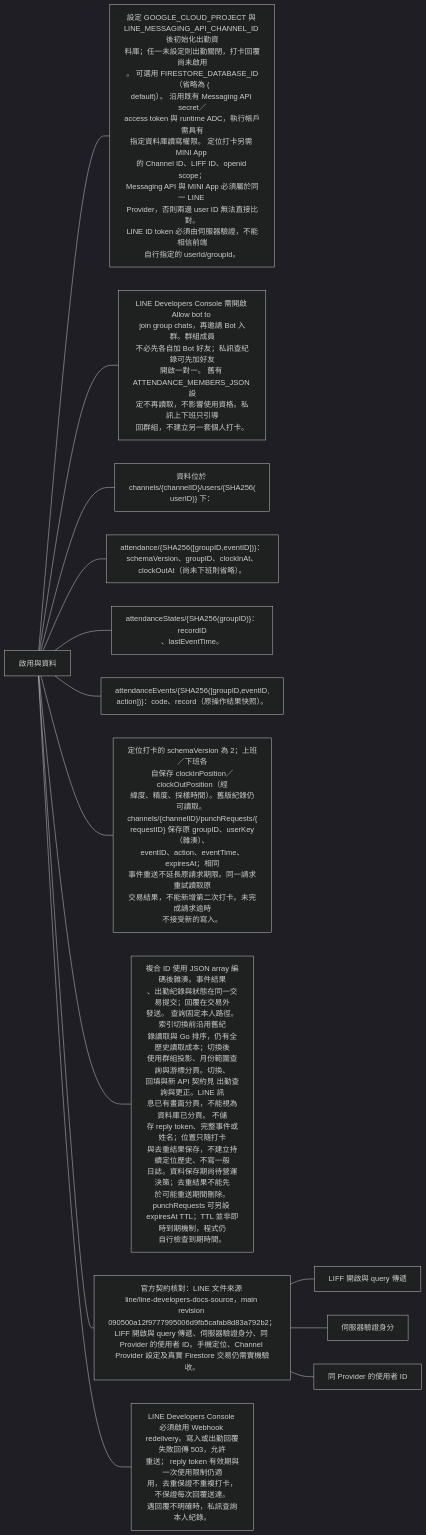
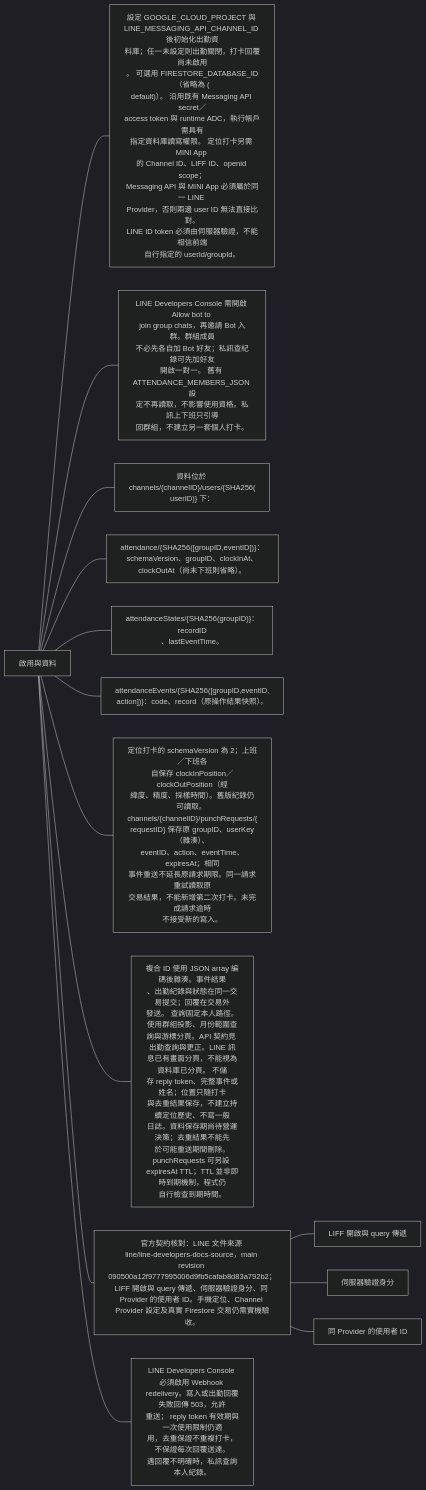
Before and after one commit to 963sup/line-mini-app-bot: the sixth of 14 diagrams in docs/domains/attendance/README.md, drawn with Mermaid (dark theme). The commit also changed other lines of this file and 20 other files, not shown here.

````diff
--- a/docs/domains/attendance/README.md
+++ b/docs/domains/attendance/README.md
@@ -78,21 +78,21 @@
 ```mermaid
 flowchart LR
   h["啟用與資料"]
   h --- n0["設定 GOOGLE_CLOUD_PROJECT 與 <br/>LINE_MESSAGING_API_CHANNEL_ID 後初始化出勤資<br/>料庫；任一未設定則出勤關閉，打卡回覆尚未啟用<br/>。 可選用 FIRESTORE_DATABASE_ID（省略為 (<br/>default)）。 沿用既有 Messaging API secret／<br/>access token 與 runtime ADC，執行帳戶需具有<br/>指定資料庫讀寫權限。 定位打卡另需 MINI App <br/>的 Channel ID、LIFF ID、openid scope；<br/>Messaging API 與 MINI App 必須屬於同一 LINE <br/>Provider，否則兩邊 user ID 無法直接比對。<br/>LINE ID token 必須由伺服器驗證，不能相信前端<br/>自行指定的 userId/groupId。"]
   h --- n1["LINE Developers Console 需開啟 Allow bot to <br/>join group chats，再邀請 Bot 入群。群組成員<br/>不必先各自加 Bot 好友；私訊查紀錄可先加好友<br/>開啟一對一。 舊有 ATTENDANCE_MEMBERS_JSON 設<br/>定不再讀取，不影響使用資格。私訊上下班只引導<br/>回群組，不建立另一套個人打卡。"]
   h --- n2["資料位於 channels/{channelID}/users/{SHA256(<br/>userID)} 下："]
   h --- n3["attendance/{SHA256([groupID,eventID])}：<br/>schemaVersion、groupID、clockInAt、<br/>clockOutAt（尚未下班則省略）。"]
   h --- n4["attendanceStates/{SHA256(groupID)}：recordID<br/>、lastEventTime。"]
   h --- n5["attendanceEvents/{SHA256([groupID,eventID,<br/>action])}：code、record（原操作結果快照）。"]
   h --- n6["定位打卡的 schemaVersion 為 2；上班／下班各<br/>自保存 clockInPosition／clockOutPosition（經<br/>緯度、精度、採樣時間）。舊版紀錄仍可讀取。 <br/>channels/{channelID}/punchRequests/{<br/>requestID} 保存原 groupID、userKey（雜湊）、<br/>eventID、action、eventTime、expiresAt；相同<br/>事件重送不延長原請求期限。同一請求重試讀取原<br/>交易結果，不能新增第二次打卡。未完成請求逾時<br/>不接受新的寫入。"]
-  h --- n7["複合 ID 使用 JSON array 編碼後雜湊。事件結果<br/>、出勤紀錄與狀態在同一交易提交；回覆在交易外<br/>發送。 查詢固定本人路徑。索引切換前沿用舊紀<br/>錄讀取與 Go 排序，仍有全歷史讀取成本；切換後<br/>使用群組投影、月份範圍查詢與游標分頁。切換、<br/>回填與新 API 契約見 出勤查詢與更正。LINE 訊<br/>息已有畫面分頁，不能視為資料庫已分頁。 不儲<br/>存 reply token、完整事件或姓名；位置只隨打卡<br/>與去重結果保存，不建立持續定位歷史、不寫一般<br/>日誌。資料保存期尚待營運決策；去重結果不能先<br/>於可能重送期間刪除。punchRequests 可另設 <br/>expiresAt TTL；TTL 並非即時到期機制，程式仍<br/>自行檢查到期時間。"]
+  h --- n7["複合 ID 使用 JSON array 編碼後雜湊。事件結果<br/>、出勤紀錄與狀態在同一交易提交；回覆在交易外<br/>發送。 查詢固定本人路徑。使用群組投影、月份範圍查詢與游標分頁。API 契約見 出勤查詢與更正。LINE 訊<br/>息已有畫面分頁，不能視為資料庫已分頁。 不儲<br/>存 reply token、完整事件或姓名；位置只隨打卡<br/>與去重結果保存，不建立持續定位歷史、不寫一般<br/>日誌。資料保存期尚待營運決策；去重結果不能先<br/>於可能重送期間刪除。punchRequests 可另設 <br/>expiresAt TTL；TTL 並非即時到期機制，程式仍<br/>自行檢查到期時間。"]
   click n7 "queries.md"
   h --- n8["官方契約核對：LINE 文件來源 <br/>line/line-developers-docs-source，main <br/>revision <br/>090500a12f9777995006d9fb5cafab8d83a792b2；<br/>LIFF 開啟與 query 傳遞、伺服器驗證身分、同 <br/>Provider 的使用者 ID。手機定位、Channel <br/>Provider 設定及真實 Firestore 交易仍需實機驗<br/>收。"]
   n8 --- n8l0["LIFF 開啟與 query 傳遞"]
   click n8l0 "https://developers.line.biz/en/docs/liff/opening-liff-app/"
   n8 --- n8l1["伺服器驗證身分"]
   click n8l1 "https://developers.line.biz/en/docs/liff/using-user-profile/"
   n8 --- n8l2["同 Provider 的使用者 ID"]
   click n8l2 "https://developers.line.biz/en/docs/messaging-api/getting-user-ids/"
   h --- n9["LINE Developers Console 必須啟用 Webhook <br/>redelivery。寫入或出勤回覆失敗回傳 503，允許<br/>重送； reply token 有效期與一次使用限制仍適<br/>用，去重保證不重複打卡，不保證每次回覆送達。<br/>遇回覆不明確時，私訊查詢本人紀錄。"]
 ```
````
